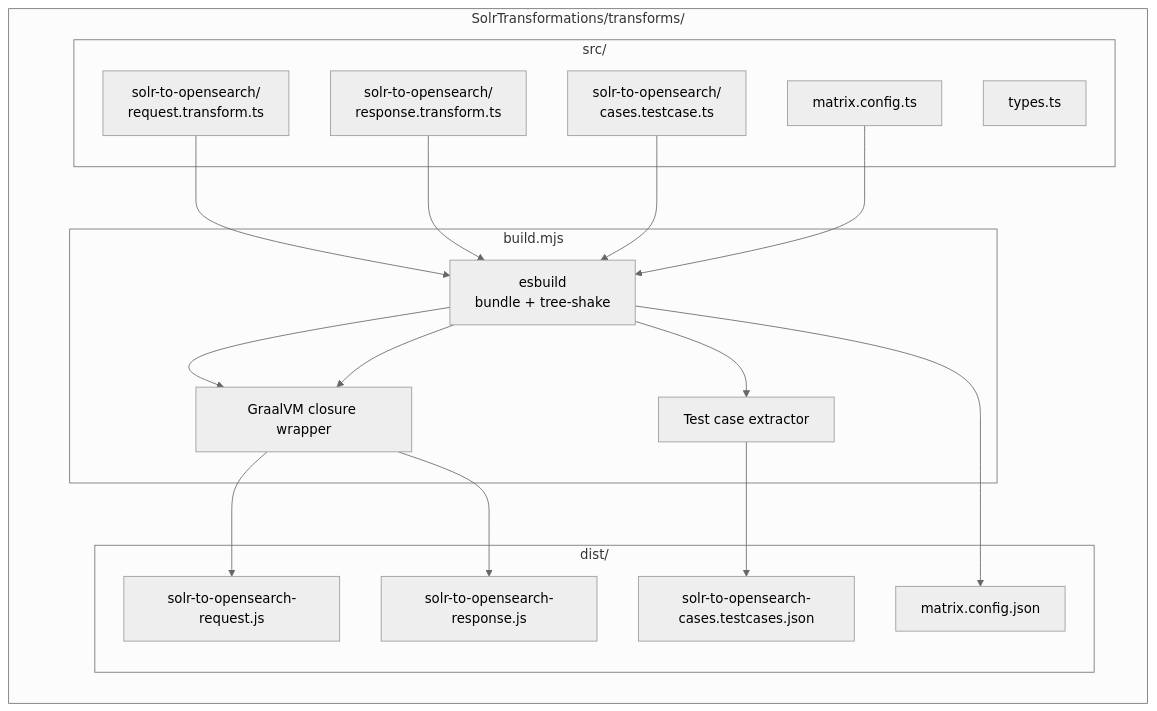
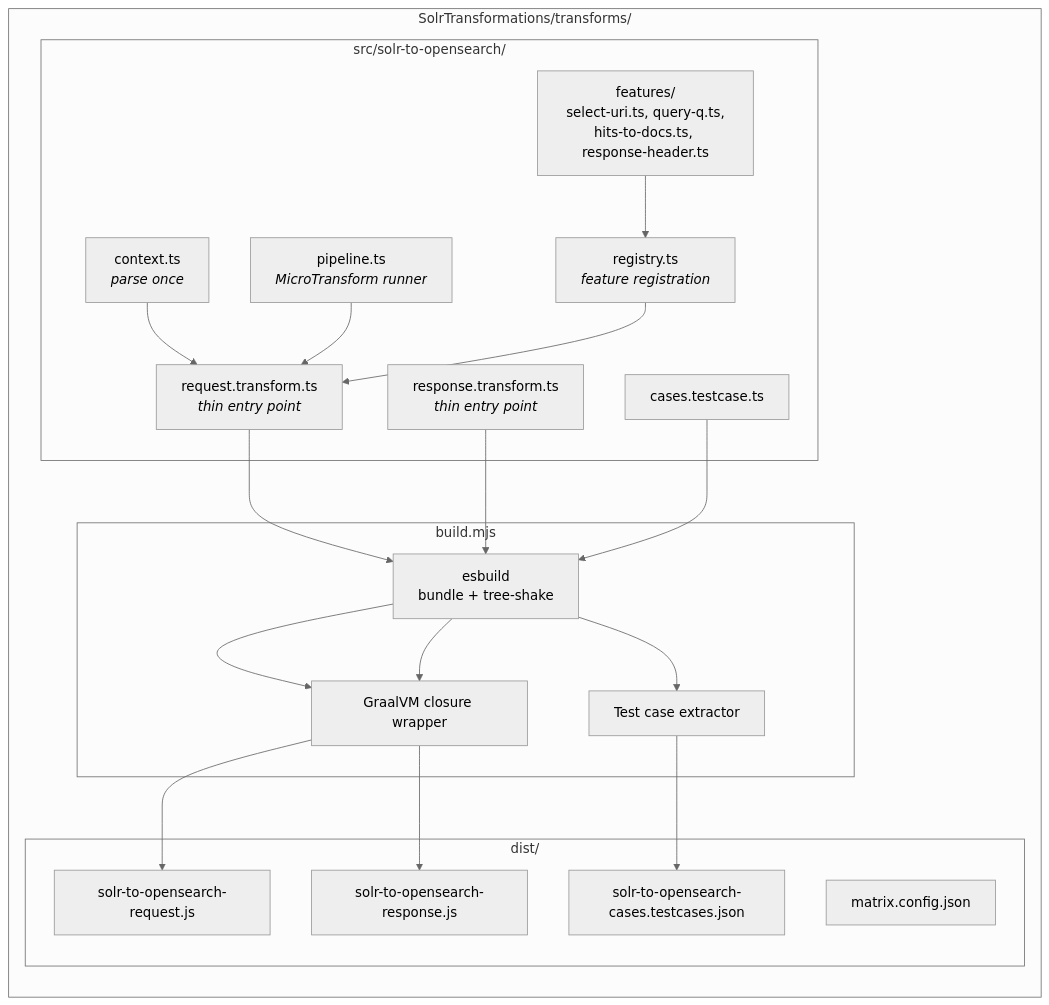
One commit to opensearch-project/opensearch-migrations changed the first of 6 diagrams in TrafficCapture/SolrTransformations/docs/TRANSFORMS.md. Above: the diagram before and after it, drawn with Mermaid (neutral theme). The commit also changed 3 other files, not shown here.

````diff
--- a/TrafficCapture/SolrTransformations/docs/TRANSFORMS.md
+++ b/TrafficCapture/SolrTransformations/docs/TRANSFORMS.md
@@ -19,30 +19,35 @@
 ```mermaid
 graph LR
     subgraph SolrTransformations["SolrTransformations/transforms/"]
-        subgraph Source["src/"]
-            Types["types.ts"]
-            ReqTS["solr-to-opensearch/<br/>request.transform.ts"]
-            RespTS["solr-to-opensearch/<br/>response.transform.ts"]
-            Cases["solr-to-opensearch/<br/>cases.testcase.ts"]
-            Config["matrix.config.ts"]
+        subgraph Source["src/solr-to-opensearch/"]
+            Context["context.ts<br/><i>parse once</i>"]
+            Pipeline["pipeline.ts<br/><i>MicroTransform runner</i>"]
+            Registry["registry.ts<br/><i>feature registration</i>"]
+            Features["features/<br/>select-uri.ts, query-q.ts,<br/>hits-to-docs.ts, response-header.ts"]
+            ReqTS["request.transform.ts<br/><i>thin entry point</i>"]
+            RespTS["response.transform.ts<br/><i>thin entry point</i>"]
+            Cases["cases.testcase.ts"]
         end
 
         subgraph BuildTool["build.mjs"]
             ESBuild["esbuild<br/>bundle + tree-shake"]
             GraalWrap["GraalVM closure wrapper"]
             TestExtract["Test case extractor"]
         end
 
         subgraph Dist["dist/"]
             ReqJS["solr-to-opensearch-request.js"]
             RespJS["solr-to-opensearch-response.js"]
             TestJSON["solr-to-opensearch-cases.testcases.json"]
             ConfigJSON["matrix.config.json"]
         end
     end
 
+    Features --> Registry
+    Context --> ReqTS
+    Pipeline --> ReqTS
+    Registry --> ReqTS
     ReqTS --> ESBuild --> GraalWrap --> ReqJS
     RespTS --> ESBuild --> GraalWrap --> RespJS
     Cases --> ESBuild --> TestExtract --> TestJSON
-    Config --> ESBuild --> ConfigJSON
 ```
````
